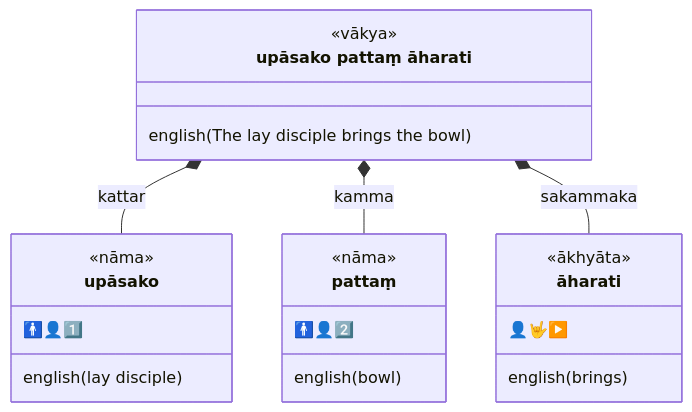
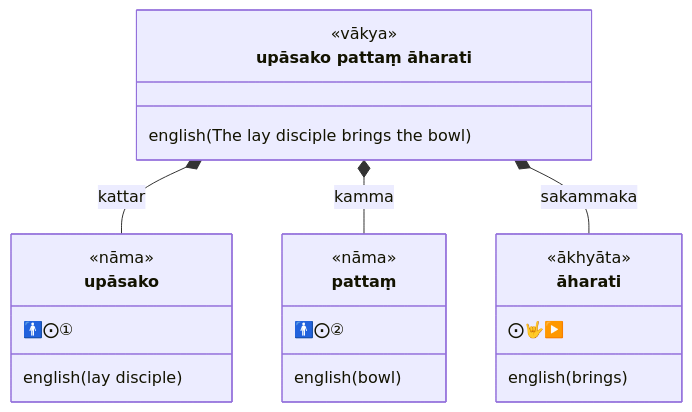
The third of 60 diagrams in content/en/docs/Pali/sentences.md (ChristineTham/buddhavacana), drawn with Mermaid before and after one commit. The commit also changed other lines of this file and 71 other files, not shown here.

````diff
--- a/content/en/docs/Pali/sentences.md
+++ b/content/en/docs/Pali/sentences.md
@@ -111,25 +111,25 @@
 ```mermaid
 classDiagram
   class sentence["upāsako pattaṃ āharati"] {
     <<vākya>>
     english(The lay disciple brings the bowl)
   }
   class upāsako {
     <<nāma>>
-    🚹👤1️⃣
+    🚹⨀①
     english(lay disciple)
   }
   class pattaṃ {
     <<nāma>>
-    🚹👤2️⃣
+    🚹⨀②
     english(bowl)
   }
   class āharati {
     <<ākhyāta>>
-     👤🤟▶️
+     ⨀🤟▶️
     english(brings)
   }
   sentence *-- upāsako : kattar
   sentence *-- pattaṃ : kamma
   sentence *-- āharati: sakammaka
 ```
````
